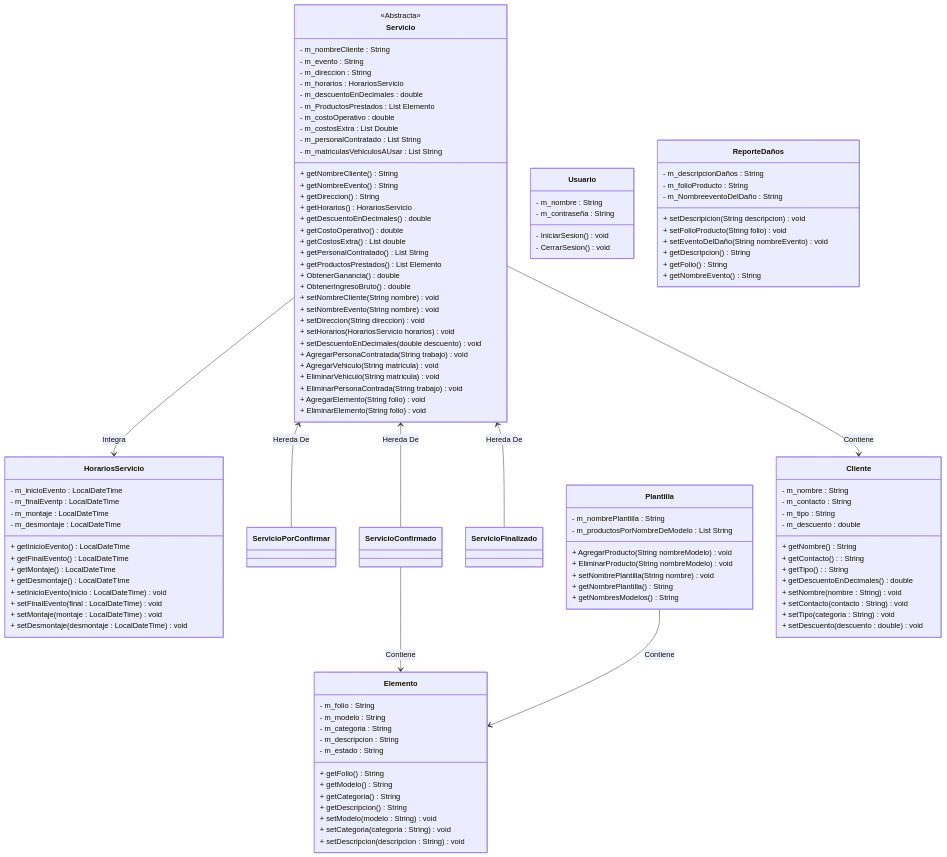
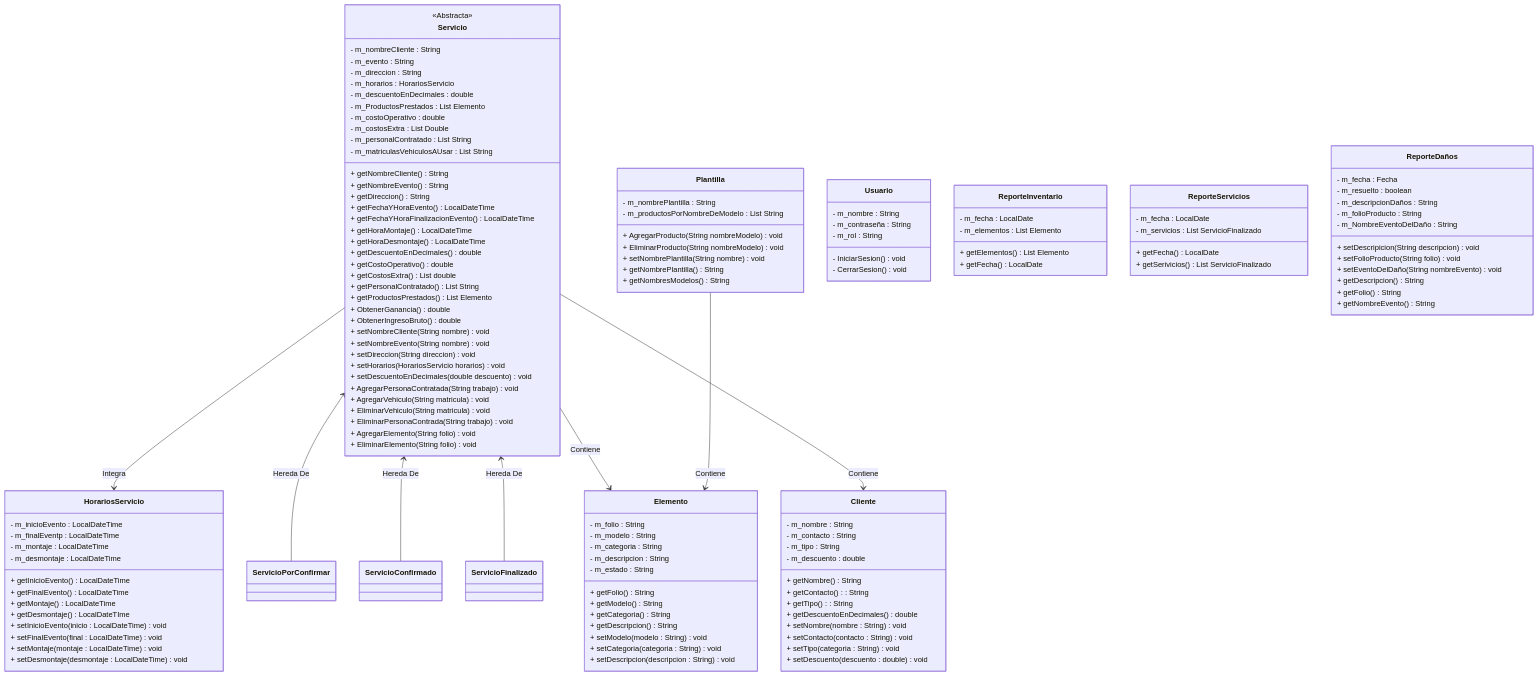
The diagram in Documentacion/Diagramas/DiagramaDeClases.mmd (JuanJoseVargasArvizu/ProyectoPromotoraEventos), drawn with Mermaid before and after one commit.

Commit message:
Actualizacion diagrama de clases

```diff
--- a/Documentacion/Diagramas/DiagramaDeClases.mmd
+++ b/Documentacion/Diagramas/DiagramaDeClases.mmd
@@ -1,133 +1,154 @@
 classDiagram
 
 Servicio --> HorariosServicio : Integra
 Servicio <-- ServicioPorConfirmar : Hereda De
 Servicio <-- ServicioConfirmado : Hereda De
 Servicio <-- ServicioFinalizado : Hereda De
-ServicioConfirmado --> Elemento : Contiene
+Servicio --> Elemento : Contiene
 Plantilla --> Elemento : Contiene
 Servicio --> Cliente : Contiene
 
 class Usuario{
     - m_nombre : String
     - m_contraseña : String
+    - m_rol : String
     - IniciarSesion() void
     - CerrarSesion() void
 }
 
 class Plantilla{
     - m_nombrePlantilla : String
     - m_productosPorNombreDeModelo : List String
     + AgregarProducto(String nombreModelo) void
     + EliminarProducto(String nombreModelo) void
     + setNombrePlantilla(String nombre) void
     + getNombrePlantilla() String
     + getNombresModelos() String
 }
 
 class Elemento{
     - m_folio : String
     - m_modelo : String
     - m_categoria : String
     - m_descripcion : String
     - m_estado : String
     + getFolio() String
     + getModelo() String
     + getCategoria() String
     + getDescripcion() String
     + setModelo(modelo : String) void
     + setCategoria(categoria : String) void
     + setDescripcion(descripcion : String) void
 }
 
 class Cliente{
     - m_nombre : String
     - m_contacto : String
     - m_tipo : String
     - m_descuento : double
     + getNombre() String
     + getContacto() : String
     + getTipo() : String
     + getDescuentoEnDecimales() double
     + setNombre(nombre : String) void
     + setContacto(contacto : String) void
     + setTipo(categoria : String) void
     + setDescuento(descuento :  double) void
 }
 
+class ReporteInventario{
+    - m_fecha : LocalDate
+    - m_elementos : List Elemento
+
+    + getElementos() List Elemento
+    + getFecha() LocalDate
+}
+
+class ReporteServicios{
+    - m_fecha : LocalDate
+    - m_servicios : List ServicioFinalizado
+    + getFecha() LocalDate
+    + getSerivicios() List ServicioFinalizado
+}
+
 class ReporteDaños{
+    - m_fecha : Fecha
+    - m_resuelto : boolean
     - m_descripcionDaños : String
     - m_folioProducto : String
-    - m_NombreeventoDelDaño : String
+    - m_NombreEventoDelDaño : String
     + setDescripicion(String descripcion) void
     + setFolioProducto(String folio) void
     + setEventoDelDaño(String nombreEvento) void
     + getDescripcion() String
     + getFolio() String
     + getNombreEvento() String
 }
 
 class Servicio{
     <<Abstracta>>
     - m_nombreCliente : String 
     - m_evento : String
     - m_direccion : String
     - m_horarios : HorariosServicio
     - m_descuentoEnDecimales : double
     - m_ProductosPrestados : List Elemento
     - m_costoOperativo : double
     - m_costosExtra : List Double
     - m_personalContratado : List String
     - m_matriculasVehiculosAUsar : List String
     + getNombreCliente() String
     + getNombreEvento() String
     + getDireccion() String
-    + getHorarios() HorariosServicio
+    + getFechaYHoraEvento() LocalDateTime
+    + getFechaYHoraFinalizacionEvento() LocalDateTime
+    + getHoraMontaje() LocalDateTime
+    + getHoraDesmontaje() LocalDateTime
     + getDescuentoEnDecimales() double
     + getCostoOperativo() double
     + getCostosExtra() List double
     + getPersonalContratado() List String
     + getProductosPrestados() List Elemento 
     + ObtenerGanancia() double
     + ObtenerIngresoBruto() double
 
     + setNombreCliente(String nombre) void
     + setNombreEvento(String nombre) void
     + setDireccion(String direccion) void
     + setHorarios(HorariosServicio horarios) void
     + setDescuentoEnDecimales(double descuento) void
     + AgregarPersonaContratada(String trabajo) void
     + AgregarVehiculo(String matricula) void
     + EliminarVehiculo(String matricula) void
     + EliminarPersonaContrada(String trabajo) void
     + AgregarElemento(String folio) void
     + EliminarElemento(String folio) void
 }
 
 
 class ServicioPorConfirmar{  
 
 }
 
 class ServicioConfirmado{
 
 }
 
 class ServicioFinalizado{
 
 }
 
 class HorariosServicio{
     - m_inicioEvento : LocalDateTime
     - m_finalEventp : LocalDateTime
     - m_montaje : LocalDateTime
     - m_desmontaje : LocalDateTime
     + getInicioEvento() LocalDateTime
     + getFinalEvento() LocalDateTime
     + getMontaje() LocalDateTime
     + getDesmontaje() LocalDateTIme
     + setInicioEvento(inicio : LocalDateTime) void
     + setFinalEvento(final : LocalDateTime) void
     + setMontaje(montaje : LocalDateTime) void
     + setDesmontaje(desmontaje : LocalDateTime) void
 }
```
